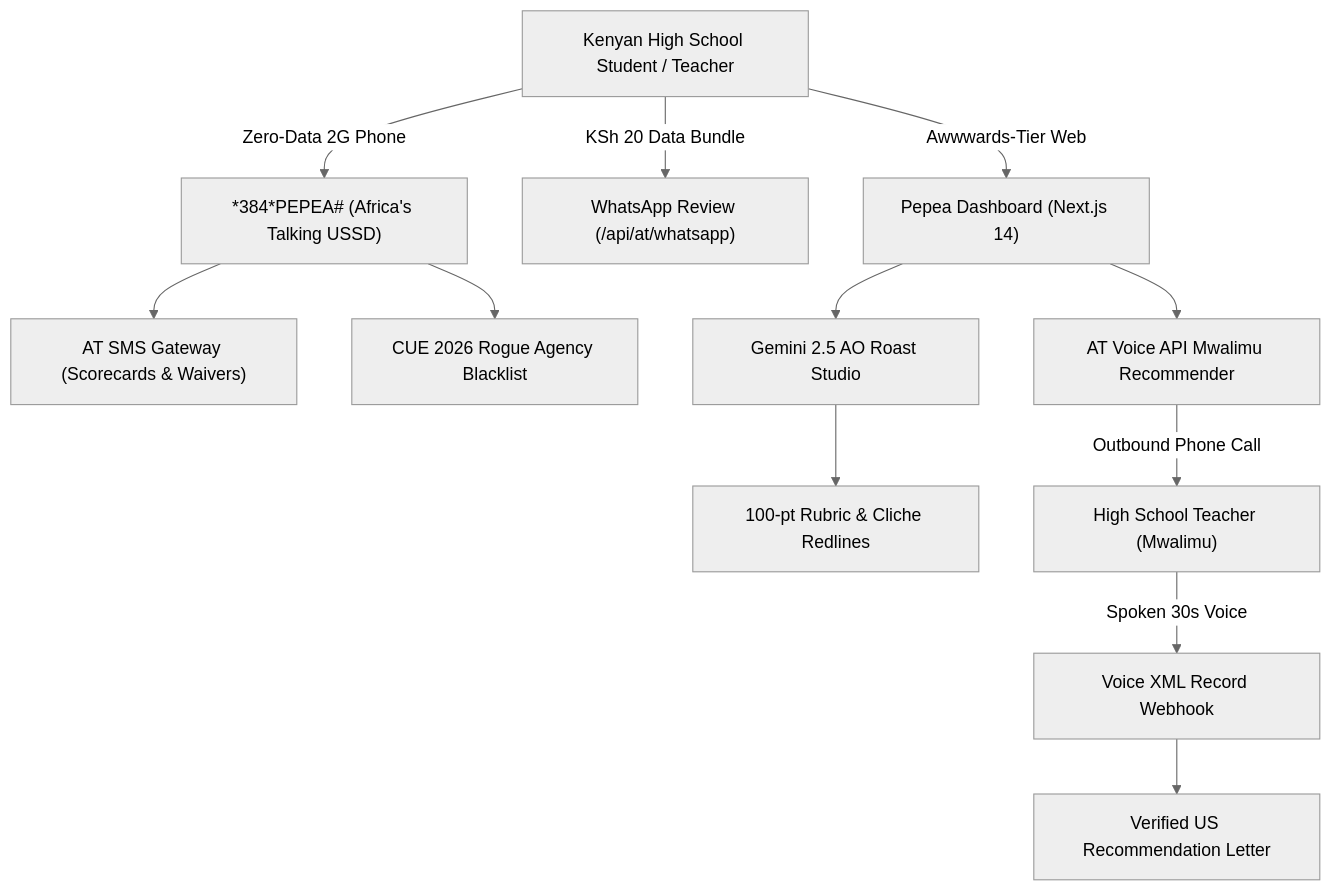
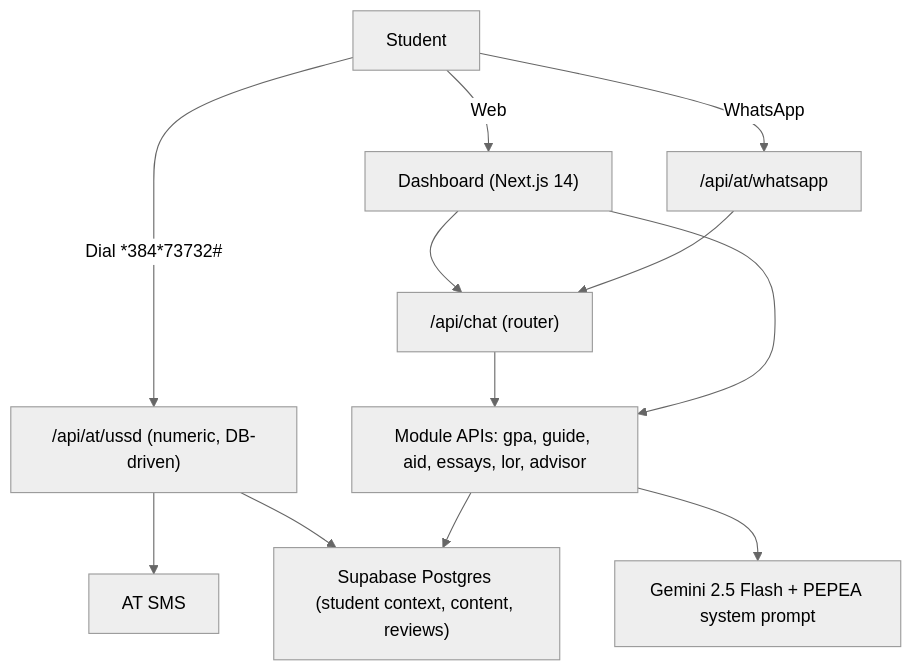
One commit to Kimanzi-Collins/GlobalEnergyHackathon changed the diagram in README.md. Above: the diagram before and after it, drawn with Mermaid (neutral theme). The commit also changed other lines of this file and 21 other files, not shown here.

First line of the commit message:
feat: remove teacher-rec voice flow, numeric USSD code, module schema, design and task board

````diff
--- a/README.md
+++ b/README.md
@@ -19,15 +44,14 @@
 ```mermaid
 graph TD
-    A["Kenyan High School Student / Teacher"] -->|Zero-Data 2G Phone| B["*384*PEPEA# (Africa's Talking USSD)"]
-    A -->|KSh 20 Data Bundle| C["WhatsApp Review (/api/at/whatsapp)"]
-    A -->|Awwwards-Tier Web| D["Pepea Dashboard (Next.js 14)"]
-
-    B --> E["AT SMS Gateway (Scorecards & Waivers)"]
-    D --> F["Gemini 2.5 AO Roast Studio"]
-    D --> G["AT Voice API Mwalimu Recommender"]
-    G -->|Outbound Phone Call| H["High School Teacher (Mwalimu)"]
-    H -->|Spoken 30s Voice| I["Voice XML Record Webhook"]
-    I --> J["Verified US Recommendation Letter"]
-    F --> K["100-pt Rubric & Cliche Redlines"]
-    B --> L["CUE 2026 Rogue Agency Blacklist"]
+    S["Student"] -->|"Dial *384*73732#"| U["/api/at/ussd (numeric, DB-driven)"]
+    S -->|WhatsApp| W["/api/at/whatsapp"]
+    S -->|Web| D["Dashboard (Next.js 14)"]
+    W --> C["/api/chat (router)"]
+    D --> C
+    D --> M["Module APIs: gpa, guide, aid, essays, lor, advisor"]
+    C --> M
+    M --> G["Gemini 2.5 Flash + PEPEA system prompt"]
+    M --> P["Supabase Postgres (student context, content, reviews)"]
+    U --> P
+    U --> SMS["AT SMS"]
 ```
````
